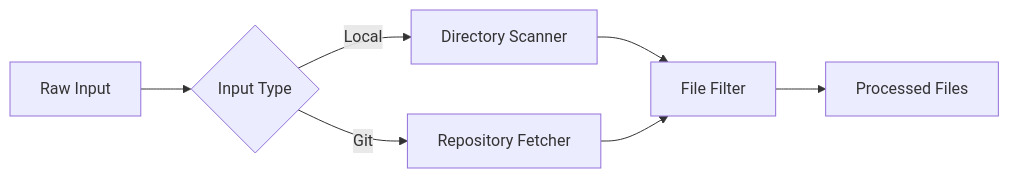
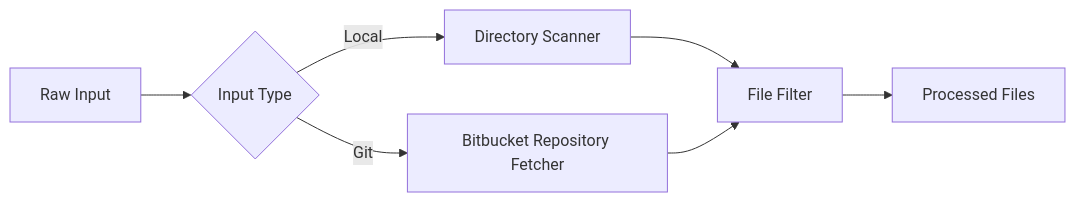
Before and after one commit to MithunKiniStar/E-Commerce-Microservice-master: the sixth of 8 diagrams in output/architecture.md, drawn with Mermaid.

````diff
--- a/output/architecture.md
+++ b/output/architecture.md
@@ -178,9 +178,9 @@
 ```mermaid
 flowchart LR
     A[Raw Input] --> B{Input Type}
     B -->|Local| C[Directory Scanner]
-    B -->|Git| D[Repository Fetcher]
+    B -->|Git| D[Bitbucket Repository Fetcher]
     C --> E[File Filter]
     D --> E
     E --> F[Processed Files]
 ```
````
